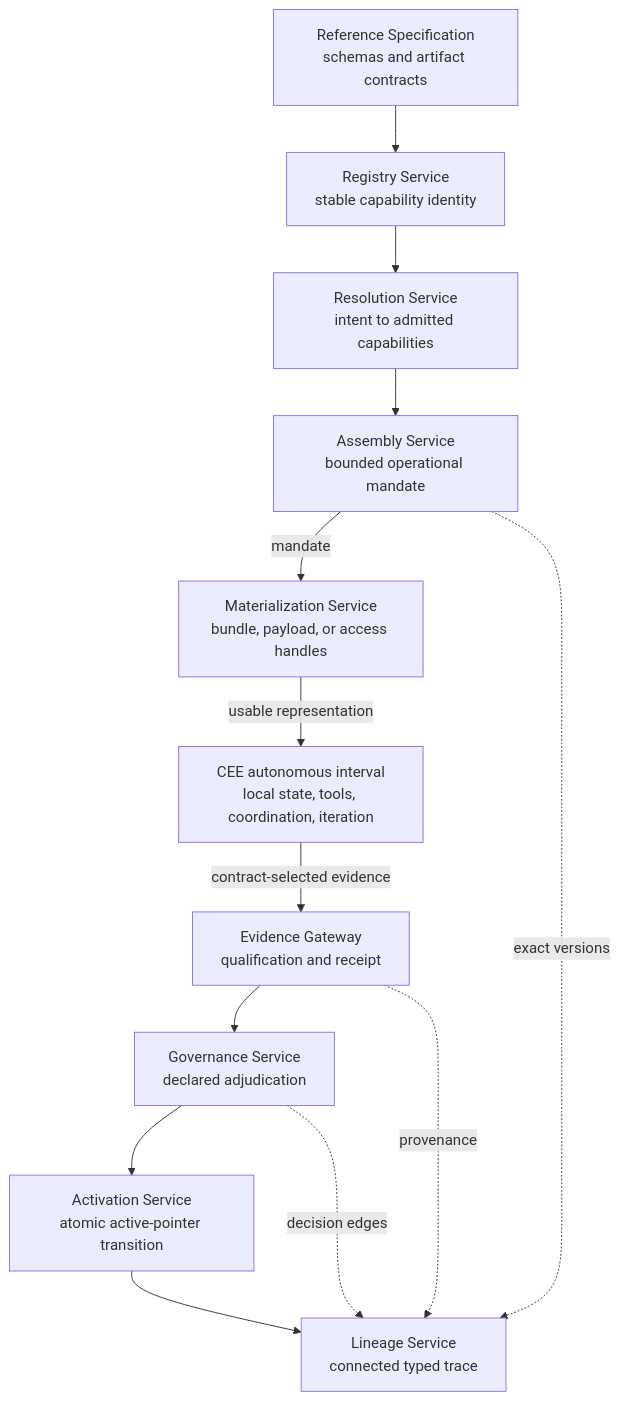
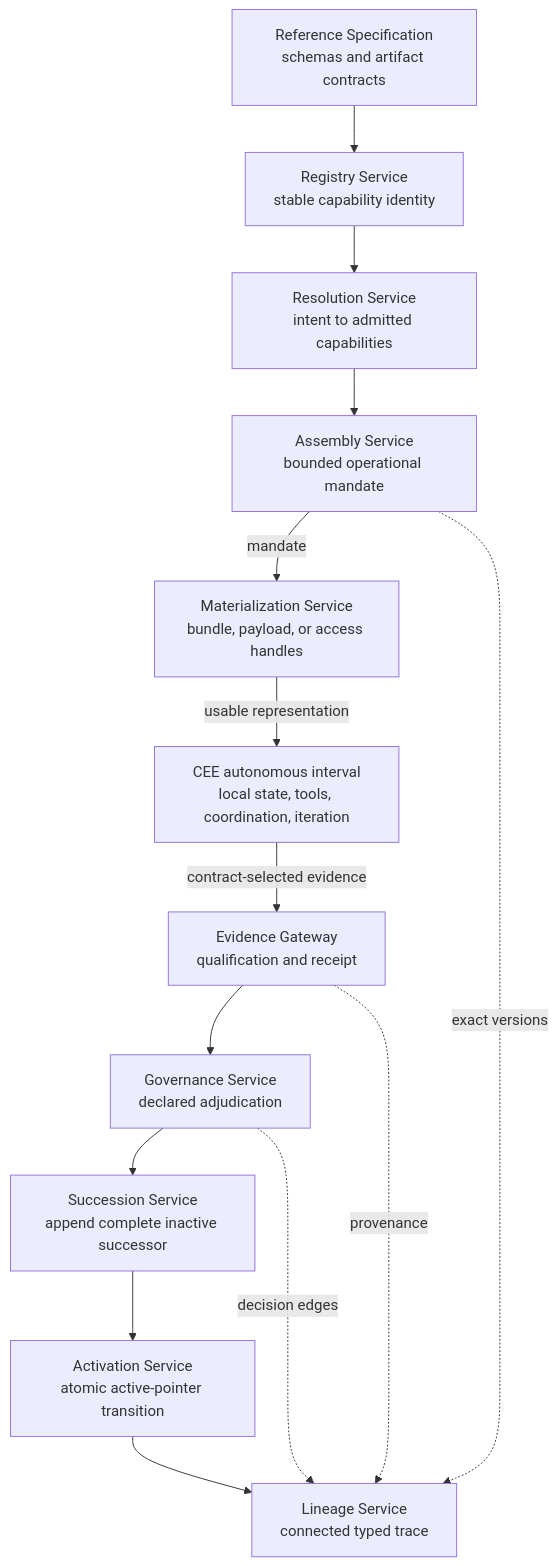
Before and after one commit to mgarralda/knowledge-centric-ai: the diagram in papers/institutional-capability-lineages/reference-implementation/ARCHITECTURE.md, drawn with Mermaid. The commit also changed other lines of this file and 91 other files, not shown here.

````diff
--- a/papers/institutional-capability-lineages/reference-implementation/ARCHITECTURE.md
+++ b/papers/institutional-capability-lineages/reference-implementation/ARCHITECTURE.md
@@ -18,27 +18,29 @@
 ```mermaid
 flowchart TD
     SPEC["Reference Specification<br/>schemas and artifact contracts"]
     REG["Registry Service<br/>stable capability identity"]
     RES["Resolution Service<br/>intent to admitted capabilities"]
     ASM["Assembly Service<br/>bounded operational mandate"]
     MAT["Materialization Service<br/>bundle, payload, or access handles"]
     CEE["CEE autonomous interval<br/>local state, tools, coordination, iteration"]
     EVD["Evidence Gateway<br/>qualification and receipt"]
     GOV["Governance Service<br/>declared adjudication"]
+    SUC["Succession Service<br/>append complete inactive successor"]
     ACT["Activation Service<br/>atomic active-pointer transition"]
     LIN["Lineage Service<br/>connected typed trace"]
 
     SPEC --> REG
     REG --> RES
     RES --> ASM
     ASM -->|"mandate"| MAT
     MAT -->|"usable representation"| CEE
     CEE -->|"contract-selected evidence"| EVD
     EVD --> GOV
-    GOV --> ACT
+    GOV --> SUC
+    SUC --> ACT
     ACT --> LIN
 
     ASM -. "exact versions" .-> LIN
     EVD -. "provenance" .-> LIN
     GOV -. "decision edges" .-> LIN
 ```
````
